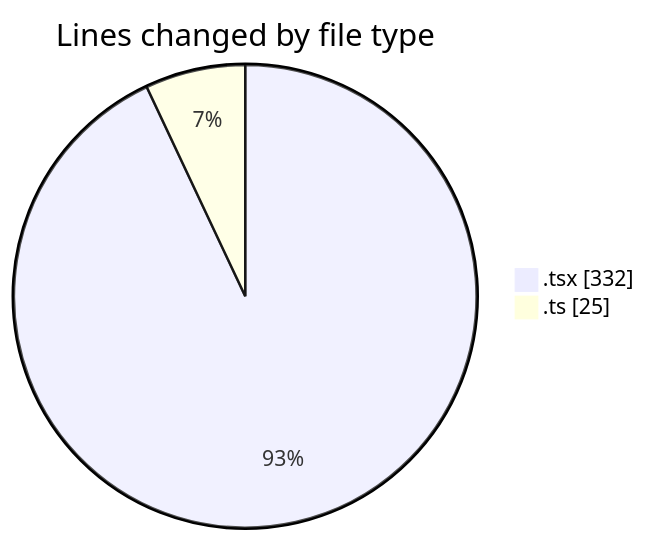
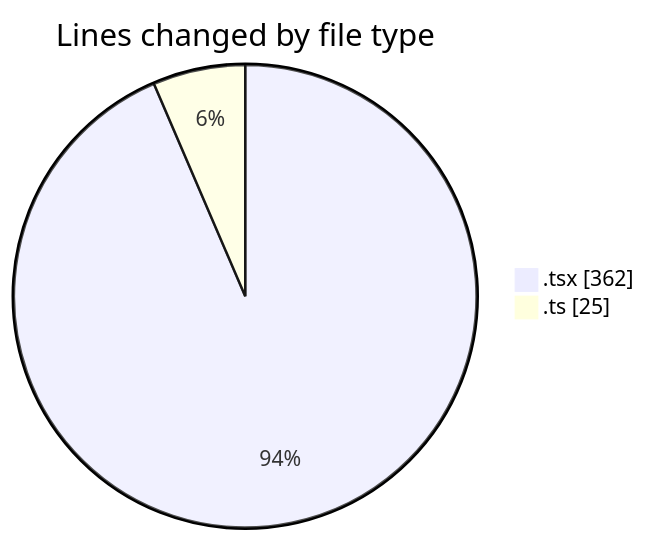
The first of 2 diagrams in 2025-03-19/peregrino-web/README.md (robertbonfada/code-tracking), drawn with Mermaid before and after one commit. The commit also changed other lines of this file and 1 other file, not shown here.

````diff
--- a/2025-03-19/peregrino-web/README.md
+++ b/2025-03-19/peregrino-web/README.md
@@ -26,6 +27,6 @@
 ```mermaid
 pie showData
 title Lines changed by file type
-".tsx" : 332
+".tsx" : 362
 ".ts" : 25
 ```
````
